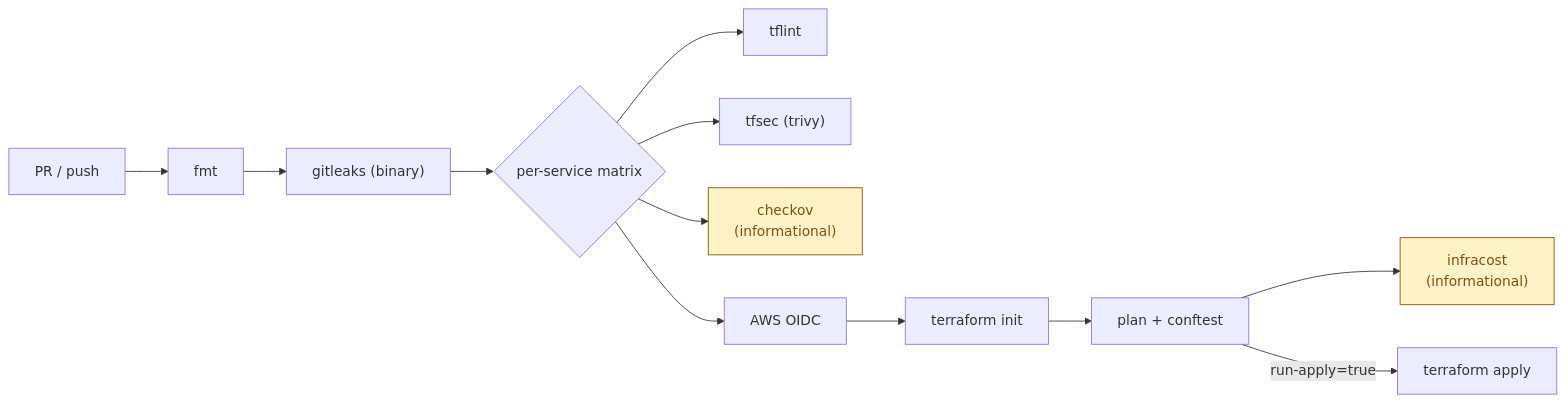
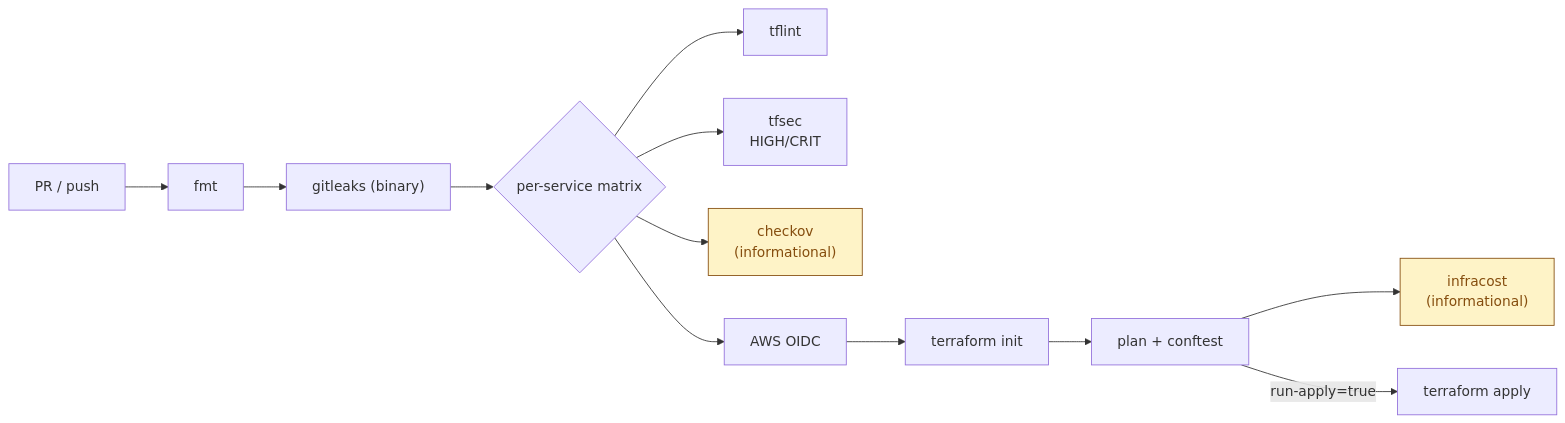
The third of 3 diagrams in README.md (devotica-labs/terraform-shared-config), drawn with Mermaid before and after one commit. The commit also changed other lines of this file, not shown here.

````diff
--- a/README.md
+++ b/README.md
@@ -236,16 +256,16 @@
 ```mermaid
 flowchart LR
     PR["PR / push"] --> FMT["fmt"]
     FMT --> GL["gitleaks (binary)"]
     GL --> MX{per-service matrix}
     MX --> TFL["tflint"]
-    MX --> TFS["tfsec (trivy)"]
+    MX --> TFS["tfsec<br/>HIGH/CRIT"]
     MX --> CKV["checkov<br/>(informational)"]
     MX --> OIDC["AWS OIDC"]
     OIDC --> INIT["terraform init"]
     INIT --> PLAN["plan + conftest"]
     PLAN --> COST["infracost<br/>(informational)"]
     PLAN -- run-apply=true --> APPLY["terraform apply"]
     classDef inform fill:#fef3c7,stroke:#854d0e,color:#854d0e;
     class CKV,COST inform;
 ```
````
